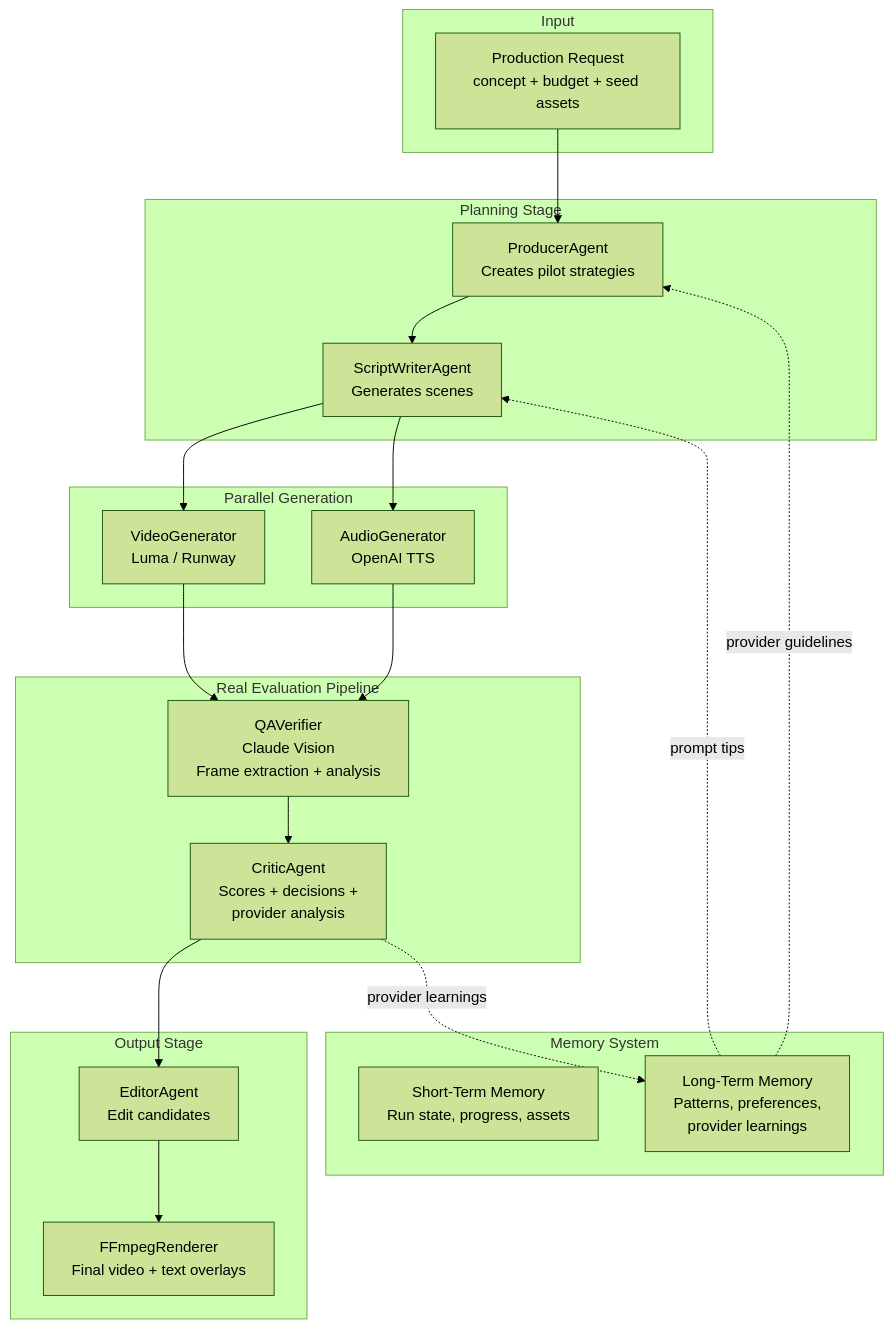
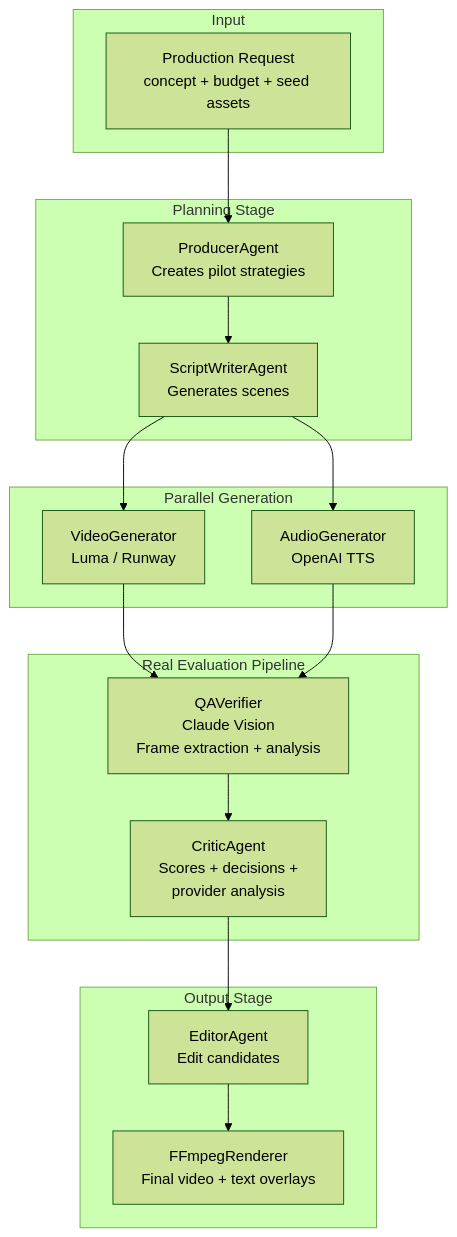
Before and after one commit to aaronmarkham/claude-studio-producer: the first of 2 diagrams in README.md, drawn with Mermaid (forest theme). The commit also changed other lines of this file and 2 other files, not shown here.

First line of the commit message:
docs: Update README with multi-tenant memory architecture

````diff
--- a/README.md
+++ b/README.md
@@ -150,45 +150,36 @@
 ```mermaid
 flowchart TB
     subgraph Input["Input"]
         Request["Production Request<br/>concept + budget + seed assets"]
-    end
-
-    subgraph Memory["Memory System"]
-        STM["Short-Term Memory<br/>Run state, progress, assets"]
-        LTM["Long-Term Memory<br/>Patterns, preferences,<br/>provider learnings"]
     end
 
     subgraph Planning["Planning Stage"]
         Producer["ProducerAgent<br/>Creates pilot strategies"]
         ScriptWriter["ScriptWriterAgent<br/>Generates scenes"]
     end
 
     subgraph Generation["Parallel Generation"]
         Video["VideoGenerator<br/>Luma / Runway"]
         Audio["AudioGenerator<br/>OpenAI TTS"]
     end
 
     subgraph Evaluation["Real Evaluation Pipeline"]
         QA["QAVerifier<br/>Claude Vision<br/>Frame extraction + analysis"]
         Critic["CriticAgent<br/>Scores + decisions +<br/>provider analysis"]
     end
 
     subgraph Output["Output Stage"]
         Editor["EditorAgent<br/>Edit candidates"]
         Renderer["FFmpegRenderer<br/>Final video + text overlays"]
     end
 
     Request --> Producer
     Producer --> ScriptWriter
     ScriptWriter --> Video
     ScriptWriter --> Audio
     Video --> QA
     Audio --> QA
     QA --> Critic
     Critic --> Editor
     Editor --> Renderer
-
-    LTM -.->|"provider guidelines"| Producer
-    LTM -.->|"prompt tips"| ScriptWriter
-    Critic -.->|"provider learnings"| LTM
 ```
````
